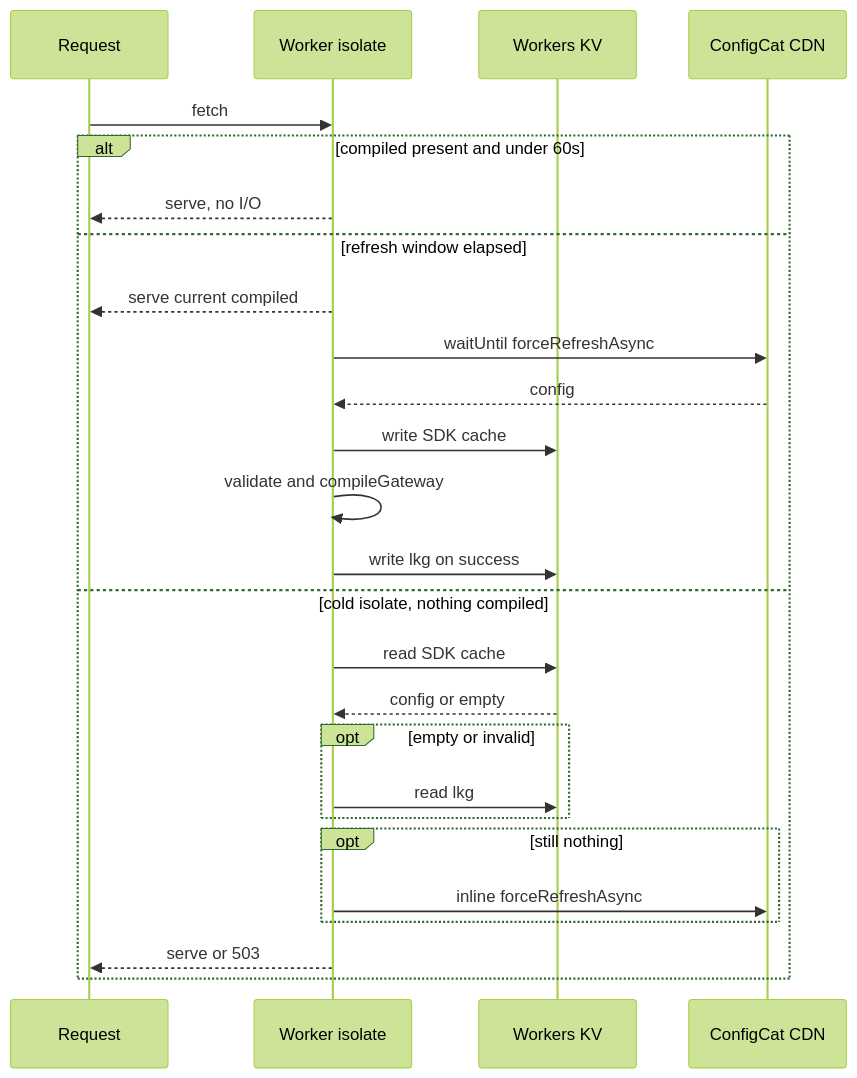
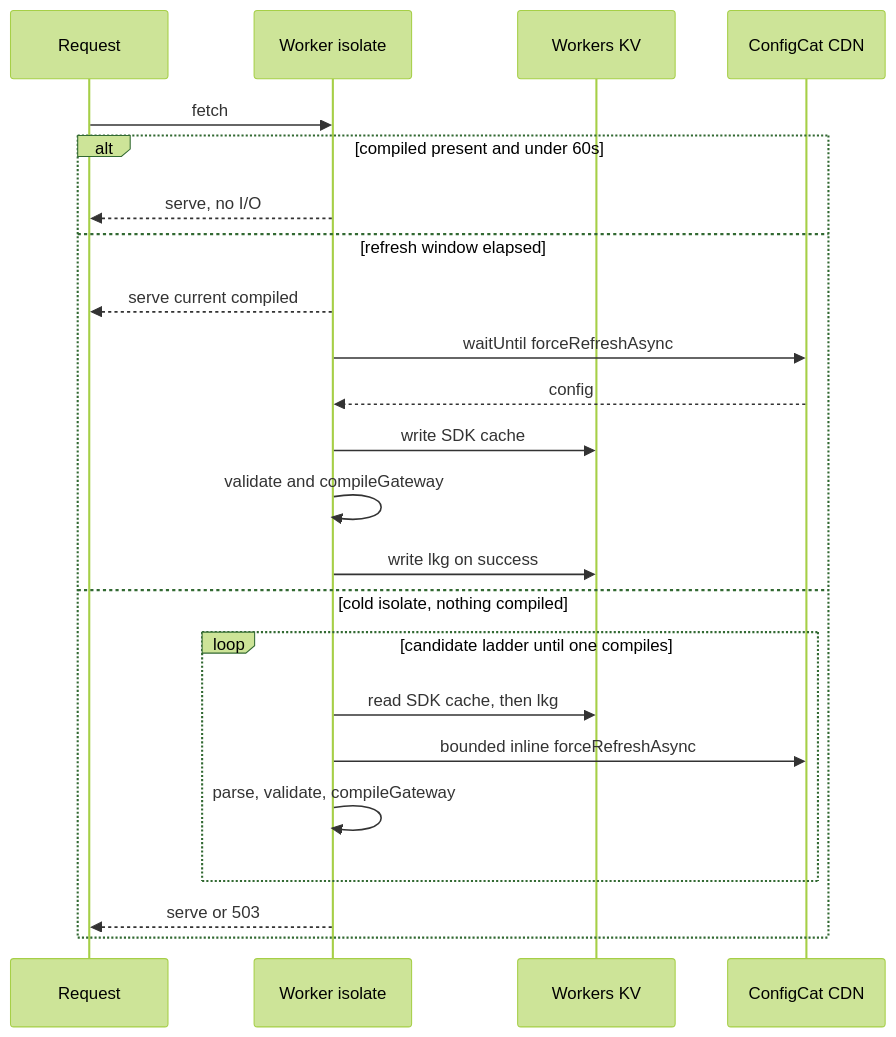
The diagram in docs/plans/configcat-config-source/DESIGN.md (sitien173/cf-api-gateway), drawn with Mermaid (forest theme) before and after one commit. The commit also changed other lines of this file and 2 other files, not shown here.

````diff
--- a/docs/plans/configcat-config-source/DESIGN.md
+++ b/docs/plans/configcat-config-source/DESIGN.md
@@ -47,29 +47,26 @@
 ```mermaid
 sequenceDiagram
     participant R as Request
     participant W as Worker isolate
     participant KV as Workers KV
     participant CC as ConfigCat CDN
 
     R->>W: fetch
     alt compiled present and under 60s
         W-->>R: serve, no I/O
     else refresh window elapsed
         W-->>R: serve current compiled
         W->>CC: waitUntil forceRefreshAsync
         CC-->>W: config
         W->>KV: write SDK cache
         W->>W: validate and compileGateway
         W->>KV: write lkg on success
     else cold isolate, nothing compiled
-        W->>KV: read SDK cache
-        KV-->>W: config or empty
-        opt empty or invalid
-            W->>KV: read lkg
-        end
-        opt still nothing
-            W->>CC: inline forceRefreshAsync
+        loop candidate ladder until one compiles
+            W->>KV: read SDK cache, then lkg
+            W->>CC: bounded inline forceRefreshAsync
+            W->>W: parse, validate, compileGateway
         end
         W-->>R: serve or 503
     end
 ```
````
